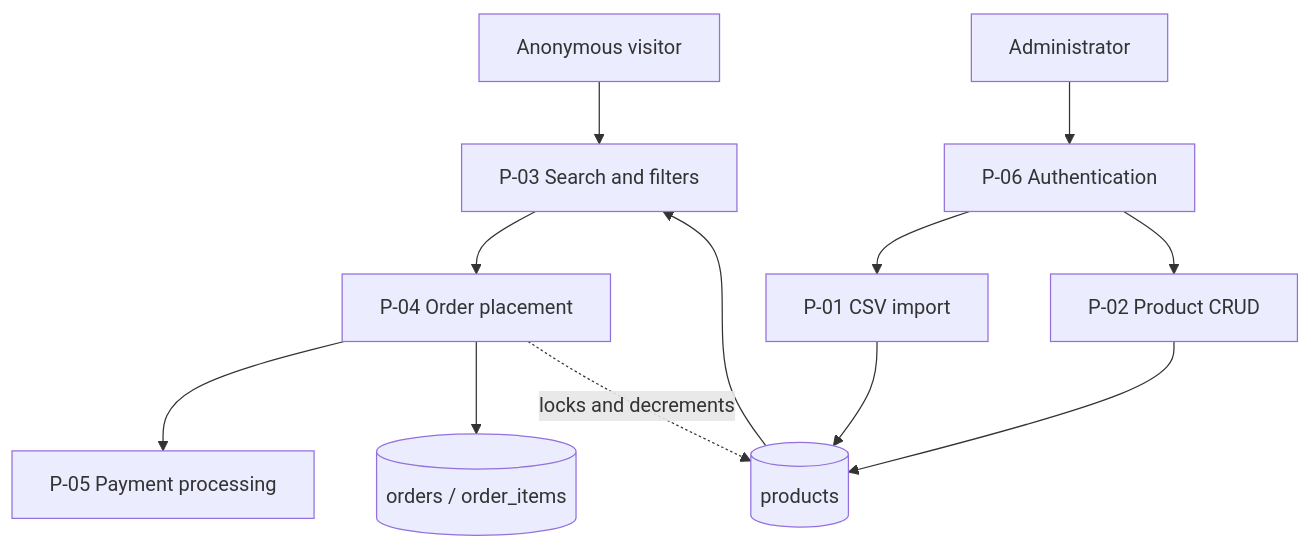
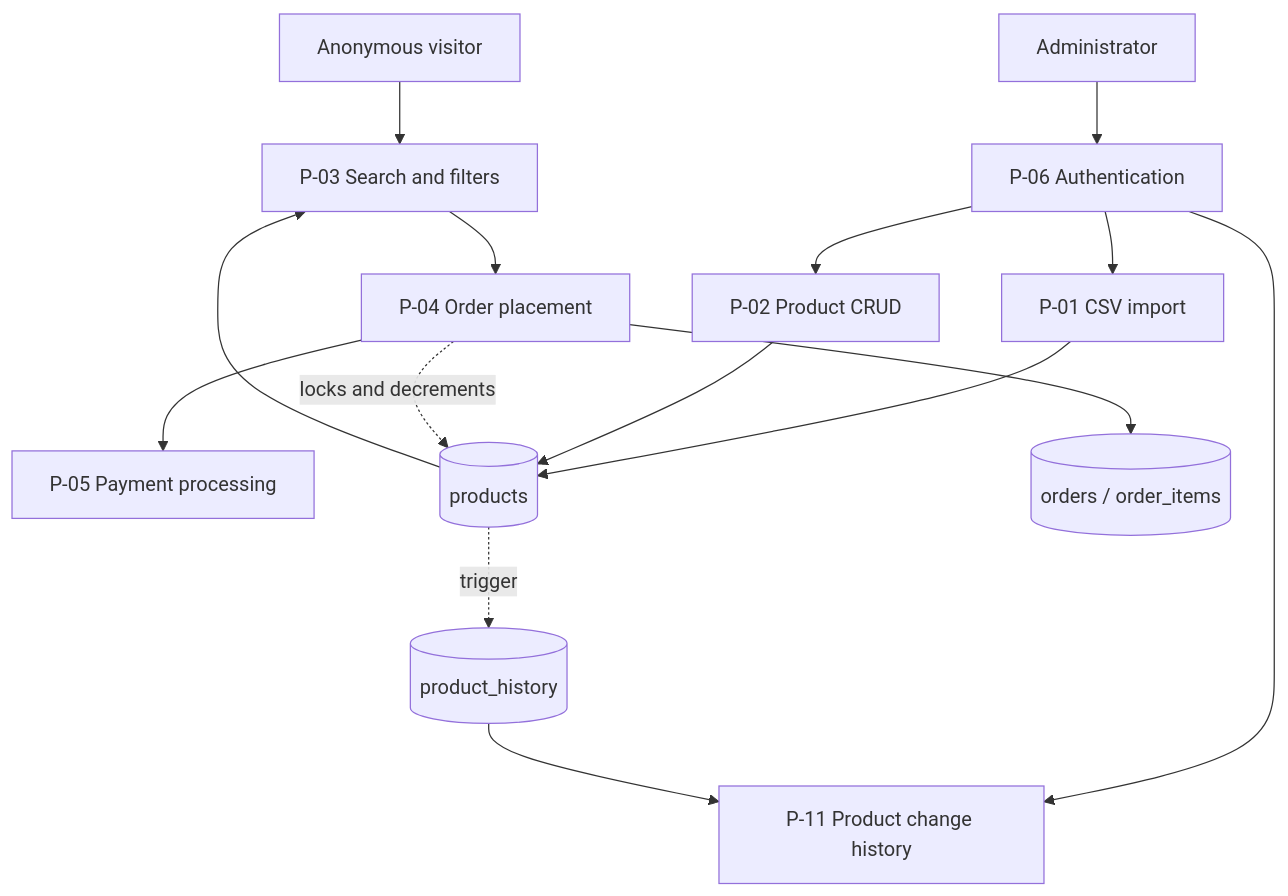
The diagram in docs/processes/README.md (alejandrogalaz21/e-comerce), drawn with Mermaid before and after one commit. The commit also changed other lines of this file and 28 other files, not shown here.

````diff
--- a/docs/processes/README.md
+++ b/docs/processes/README.md
@@ -25,16 +30,20 @@
 ```mermaid
 graph TD
     A[Anonymous visitor] --> P03[P-03 Search and filters]
     P03 --> P04[P-04 Order placement]
     P04 --> P05[P-05 Payment processing]
 
     B[Administrator] --> P06[P-06 Authentication]
     P06 --> P01[P-01 CSV import]
     P06 --> P02[P-02 Product CRUD]
 
+    P06 --> P11[P-11 Product change history]
+
     P01 --> DB[(products)]
     P02 --> DB
+    DB -. trigger .-> HIST[(product_history)]
+    HIST --> P11
     DB --> P03
     P04 --> ORD[(orders / order_items)]
     P04 -. locks and decrements .-> DB
 ```
````
